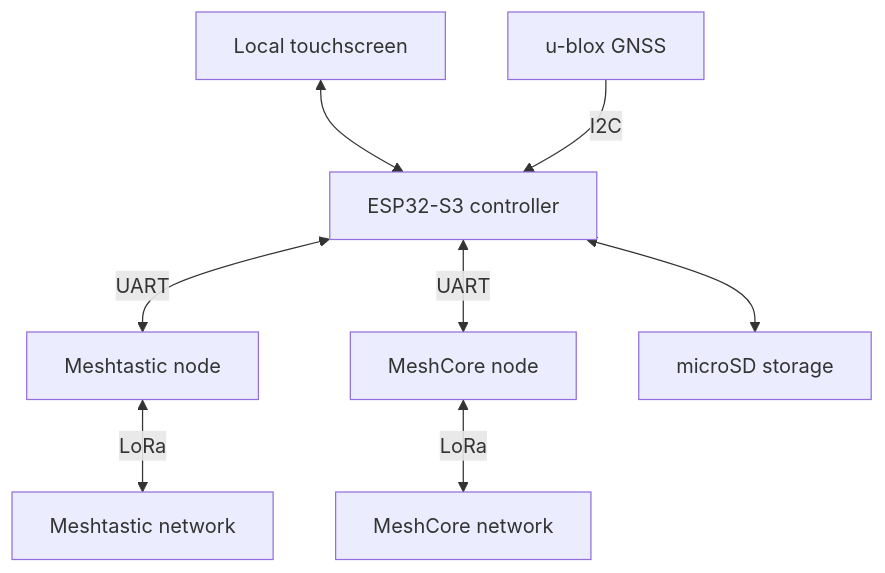
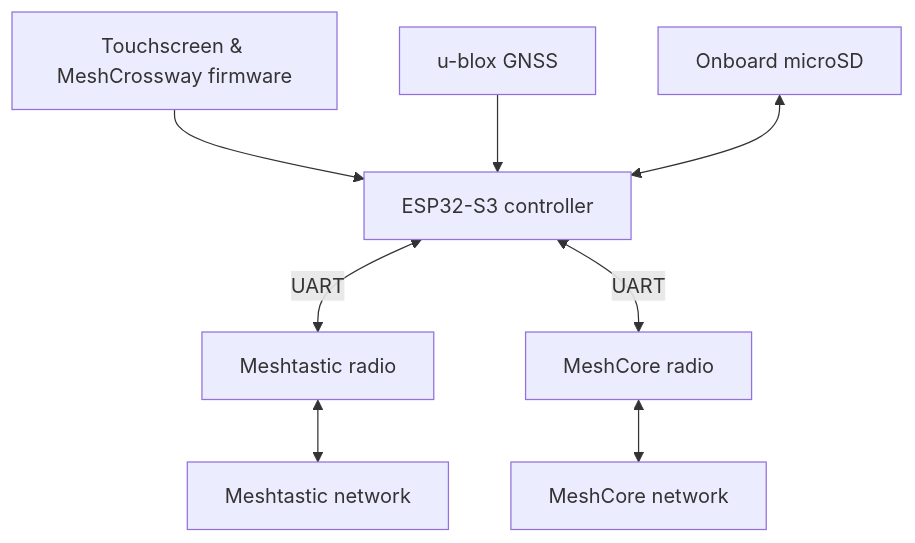
The diagram in README.md (Renbrant/MeshCrossway), drawn with Mermaid before and after one commit. The commit also changed other lines of this file, not shown here.

````diff
--- a/README.md
+++ b/README.md
@@ -62,10 +33,10 @@
 ```mermaid
 flowchart TD
-    UI["Local touchscreen"] <--> HOST["ESP32-S3 controller"]
-    HOST <-->|UART| MT["Meshtastic node"]
-    HOST <-->|UART| MC["MeshCore node"]
-    GNSS["u-blox GNSS"] -->|I2C| HOST
-    HOST <--> SD["microSD storage"]
-    MT <-->|LoRa| MTNET["Meshtastic network"]
-    MC <-->|LoRa| MCNET["MeshCore network"]
+    UI["Touchscreen & MeshCrossway firmware"] --> HOST["ESP32-S3 controller"]
+    GPS["u-blox GNSS"] --> HOST
+    SD["Onboard microSD"] <--> HOST
+    HOST <-->|UART| MT["Meshtastic radio"]
+    HOST <-->|UART| MC["MeshCore radio"]
+    MT <--> A["Meshtastic network"]
+    MC <--> B["MeshCore network"]
 ```
````
